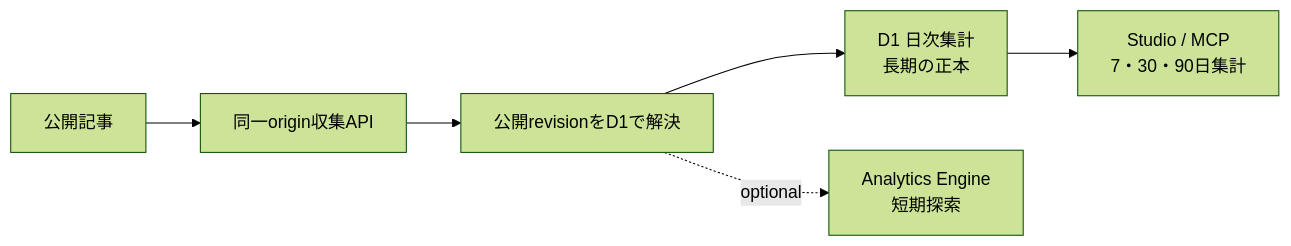
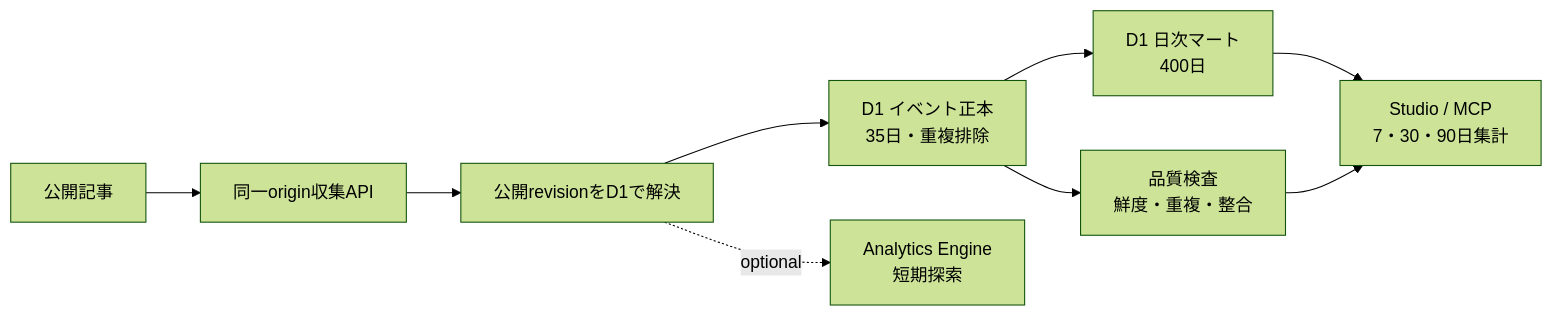
The diagram in docs/reader-analytics.md (mani1261790/Noema), drawn with Mermaid (forest theme) before and after one commit. The commit also changed other lines of this file and 17 other files, not shown here.

````diff
--- a/docs/reader-analytics.md
+++ b/docs/reader-analytics.md
@@ -40,8 +42,11 @@
 ```mermaid
 flowchart LR
   Reader["公開記事"] --> Endpoint["同一origin収集API"]
   Endpoint --> Resolve["公開revisionをD1で解決"]
-  Resolve --> Daily["D1 日次集計\n長期の正本"]
+  Resolve --> Facts["D1 イベント正本\n35日・重複排除"]
+  Facts --> Daily["D1 日次マート\n400日"]
   Resolve -. optional .-> Explore["Analytics Engine\n短期探索"]
+  Facts --> Quality["品質検査\n鮮度・重複・整合"]
   Daily --> Studio["Studio / MCP\n7・30・90日集計"]
+  Quality --> Studio
 ```
````
